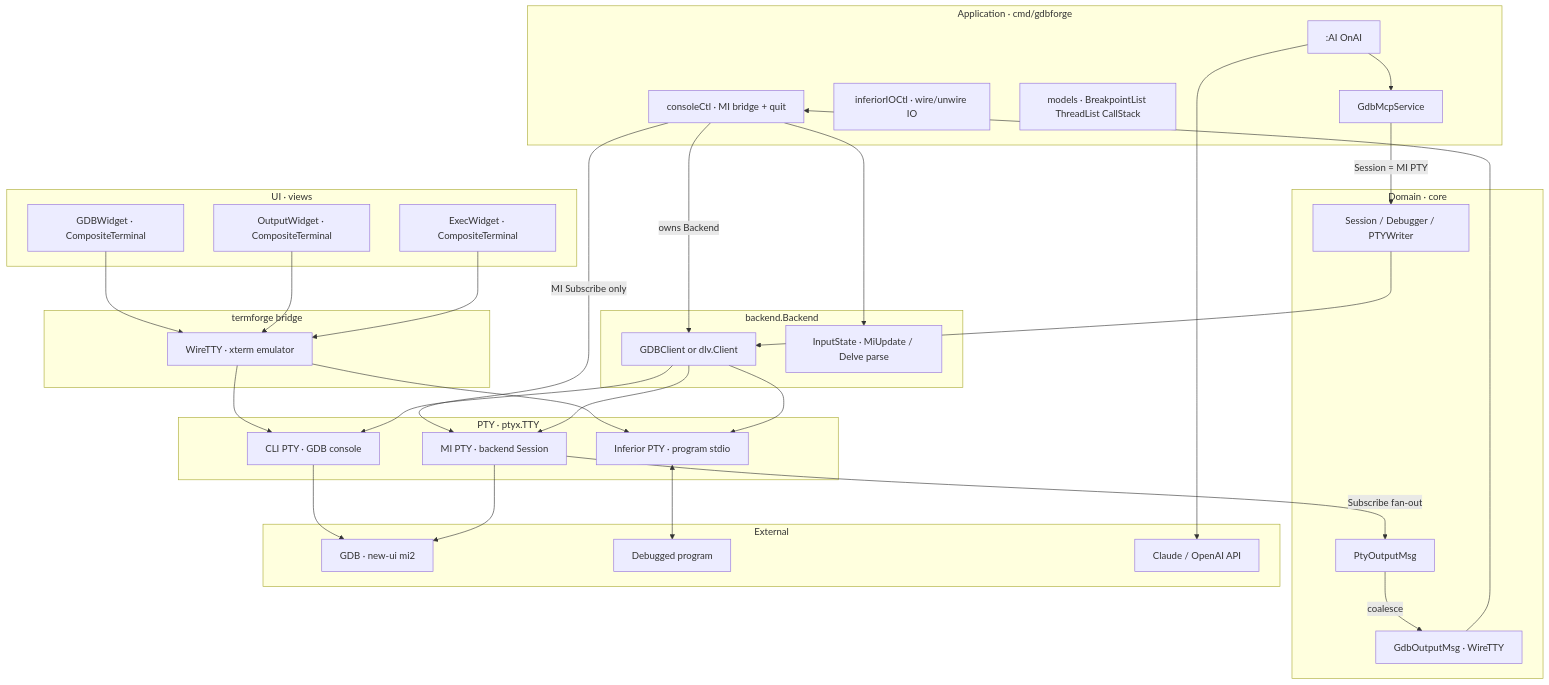
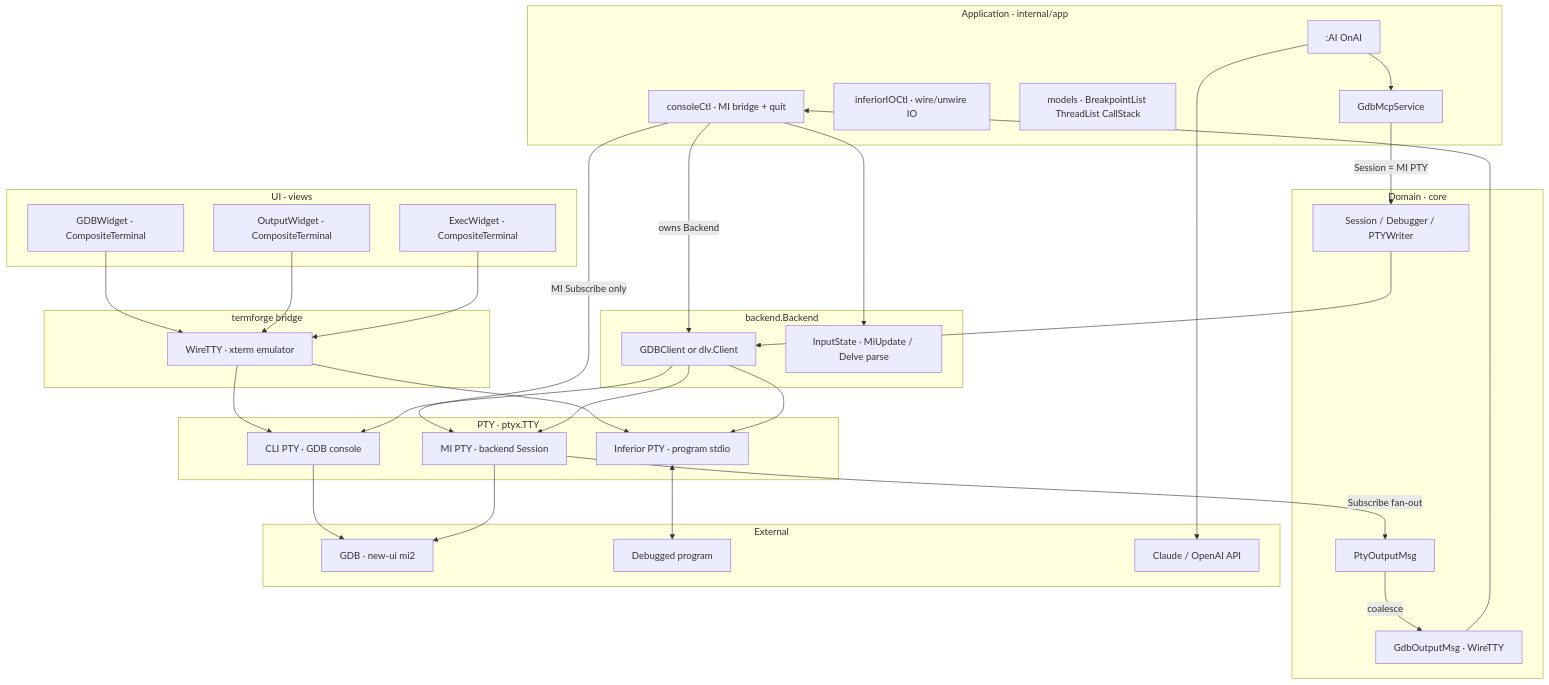
One commit to yairgd/gdbforge changed the first of 8 diagrams in docs/DEBUGGER_INTEGRATION.md. Above: the diagram before and after it, drawn with Mermaid. The commit also changed other lines of this file and 160 other files, not shown here.

````diff
--- a/docs/DEBUGGER_INTEGRATION.md
+++ b/docs/DEBUGGER_INTEGRATION.md
@@ -39,63 +39,63 @@
 ```mermaid
 flowchart TB
     subgraph UI["UI · views"]
         GDBW["GDBWidget · CompositeTerminal"]
         IOW["OutputWidget · CompositeTerminal"]
         ExecW["ExecWidget · CompositeTerminal"]
     end
 
     subgraph termforge["termforge bridge"]
         Wire["WireTTY · xterm emulator"]
     end
 
-    subgraph App["Application · cmd/gdbforge"]
+    subgraph App["Application · internal/app"]
         Ctrl["consoleCtl · MI bridge + quit"]
         InfCtl["inferiorIOCtl · wire/unwire IO"]
         Models["models · BreakpointList ThreadList CallStack"]
         AI[":AI OnAI"]
         MCP["GdbMcpService"]
     end
 
     subgraph Domain["Domain · core"]
         SessIF["Session / Debugger / PTYWriter"]
         PtyMsg["PtyOutputMsg"]
         UIMsg["GdbOutputMsg · WireTTY"]
     end
 
     subgraph Ptyx["PTY · ptyx.TTY"]
         CLI["CLI PTY · GDB console"]
         MI["MI PTY · backend Session"]
         Inf["Inferior PTY · program stdio"]
     end
 
     subgraph BackendPkg["backend.Backend"]
         Client["GDBClient or dlv.Client"]
         Parser["InputState · MiUpdate / Delve parse"]
     end
 
     subgraph External["External"]
         GDB["GDB · new-ui mi2"]
         Prog["Debugged program"]
         LLM["Claude / OpenAI API"]
     end
 
     GDBW --> Wire --> CLI
     IOW --> Wire --> Inf
     ExecW --> Wire
     Ctrl -->|"owns Backend"| Client
     Ctrl -->|"MI Subscribe only"| MI
     Client --> CLI
     Client --> MI
     Client --> Inf
     Inf <--> Prog
     MCP -->|"Session = MI PTY"| SessIF
     AI --> MCP
     AI --> LLM
     SessIF --> Client
     MI -->|"Subscribe fan-out"| PtyMsg
     PtyMsg -->|"coalesce"| UIMsg
     UIMsg --> Ctrl
     CLI --> GDB
     MI --> GDB
     Ctrl --> Parser
 ```
````
